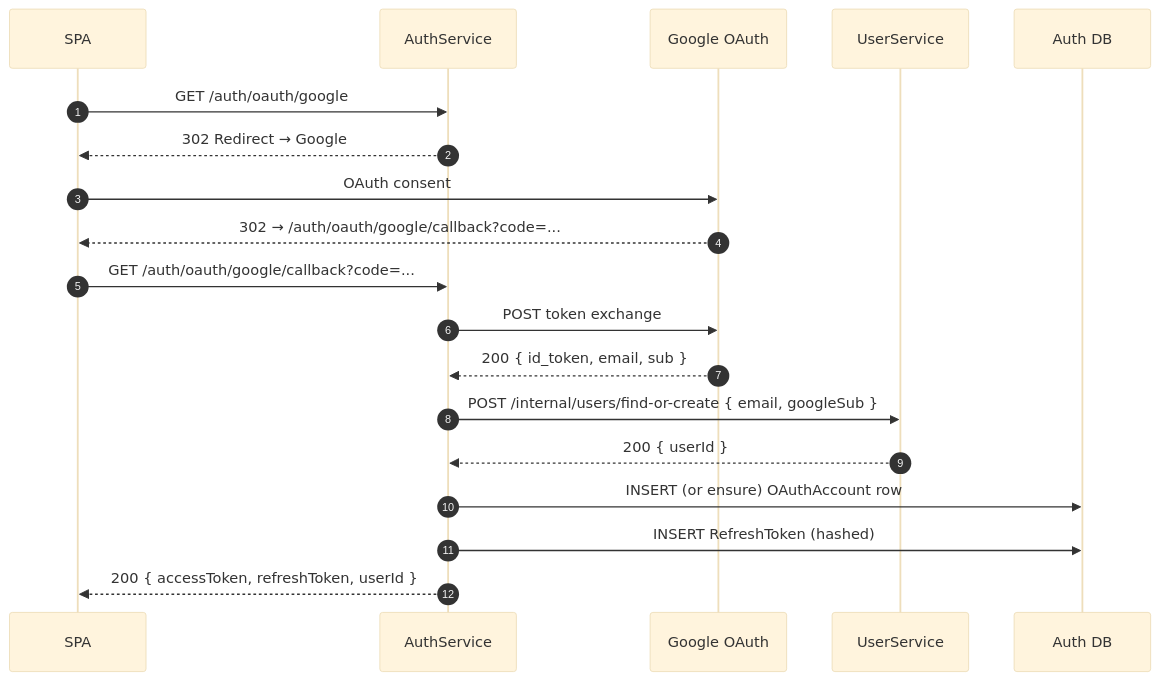
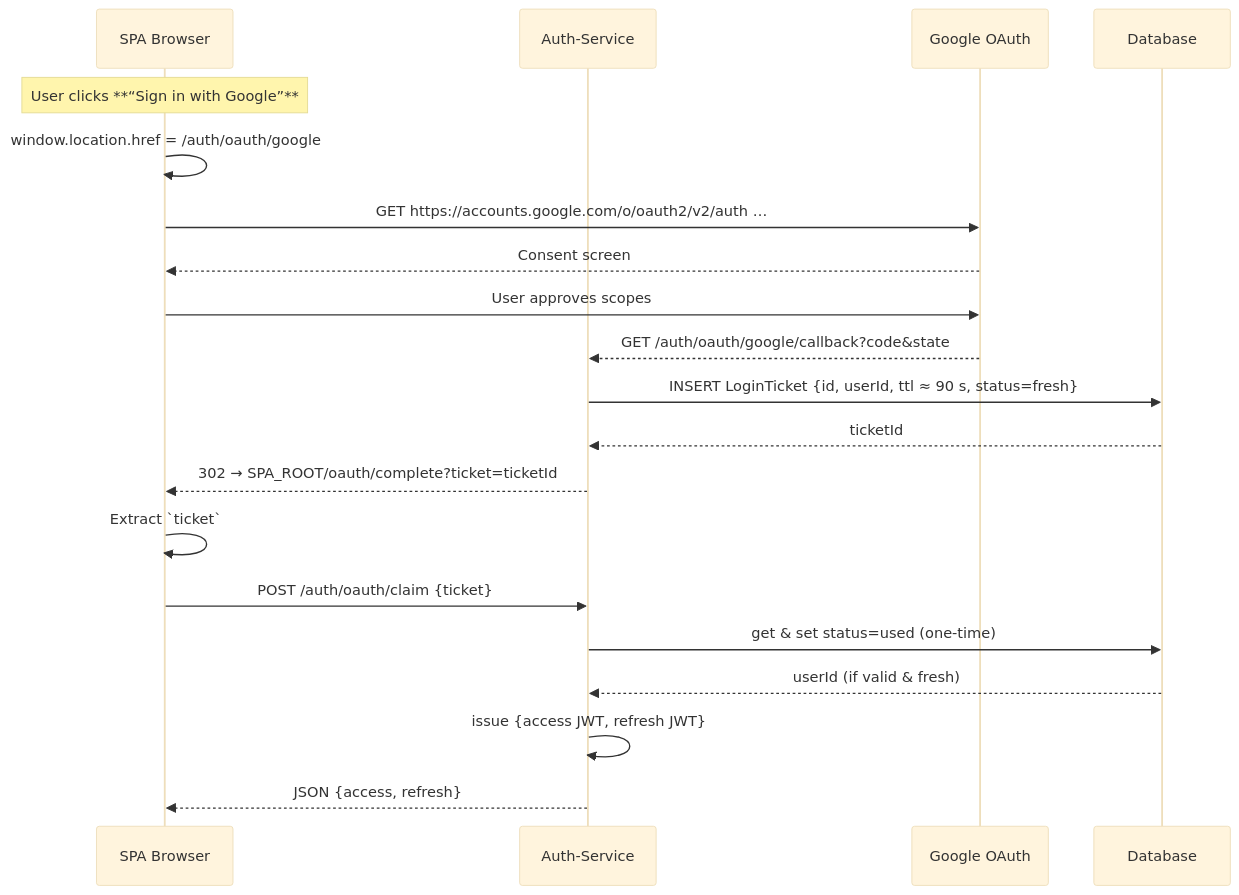
One commit to jesuismarie/ft_transcendence changed the fifth of 5 diagrams in backend/auth-service/README.md. Above: the diagram before and after it, drawn with Mermaid (base theme). The commit also changed other lines of this file and 4 other files, not shown here.

Commit message:
FEAT: Google-OAuth Mermaid flow in README

````diff
--- a/backend/auth-service/README.md
+++ b/backend/auth-service/README.md
@@ -346,22 +351,26 @@
 ```mermaid
 sequenceDiagram
-  autonumber
-  participant FE as SPA
-  participant AS as AuthService
-  participant Google as Google OAuth
-  participant US as UserService
-  participant DB as Auth DB
+    participant SPA 	as	SPA Browser
+    participant Auth	as	Auth-Service
+    participant Google	as	Google OAuth
+    participant DB		as	Database
 
-  FE->>AS: GET /auth/oauth/google
-  AS-->>FE: 302 Redirect → Google
-  FE->>Google: OAuth consent
-  Google-->>FE: 302 → /auth/oauth/google/callback?code=...
-  FE->>AS: GET /auth/oauth/google/callback?code=...
-  AS->>Google: POST token exchange
-  Google-->>AS: 200 { id_token, email, sub }
-  AS->>US: POST /internal/users/find-or-create { email, googleSub }
-  US-->>AS: 200 { userId }
-  AS->>DB: INSERT (or ensure) OAuthAccount row
-  AS->>DB: INSERT RefreshToken (hashed)
-  AS-->>FE: 200 { accessToken, refreshToken, userId }
+    Note over SPA: User clicks **“Sign in with Google”**
+    SPA ->> SPA: window.location.href = /auth/oauth/google
+
+    SPA ->> Google: GET https://accounts.google.com/o/oauth2/v2/auth …
+    Google -->> SPA: Consent screen
+    SPA ->> Google: User approves scopes
+    Google -->> Auth: GET /auth/oauth/google/callback?code&state
+
+    Auth ->> DB: INSERT LoginTicket {id, userId, ttl ≈ 90 s, status=fresh}
+    DB -->> Auth: ticketId
+    Auth -->> SPA: 302 → SPA_ROOT/oauth/complete?ticket=ticketId
+
+    SPA ->> SPA: Extract `ticket`
+    SPA ->> Auth: POST /auth/oauth/claim {ticket}
+    Auth ->> DB: get & set status=used (one-time)
+    DB -->> Auth: userId (if valid & fresh)
+    Auth ->> Auth: issue {access JWT, refresh JWT}
+    Auth -->> SPA: JSON {access, refresh}
 ```
````
